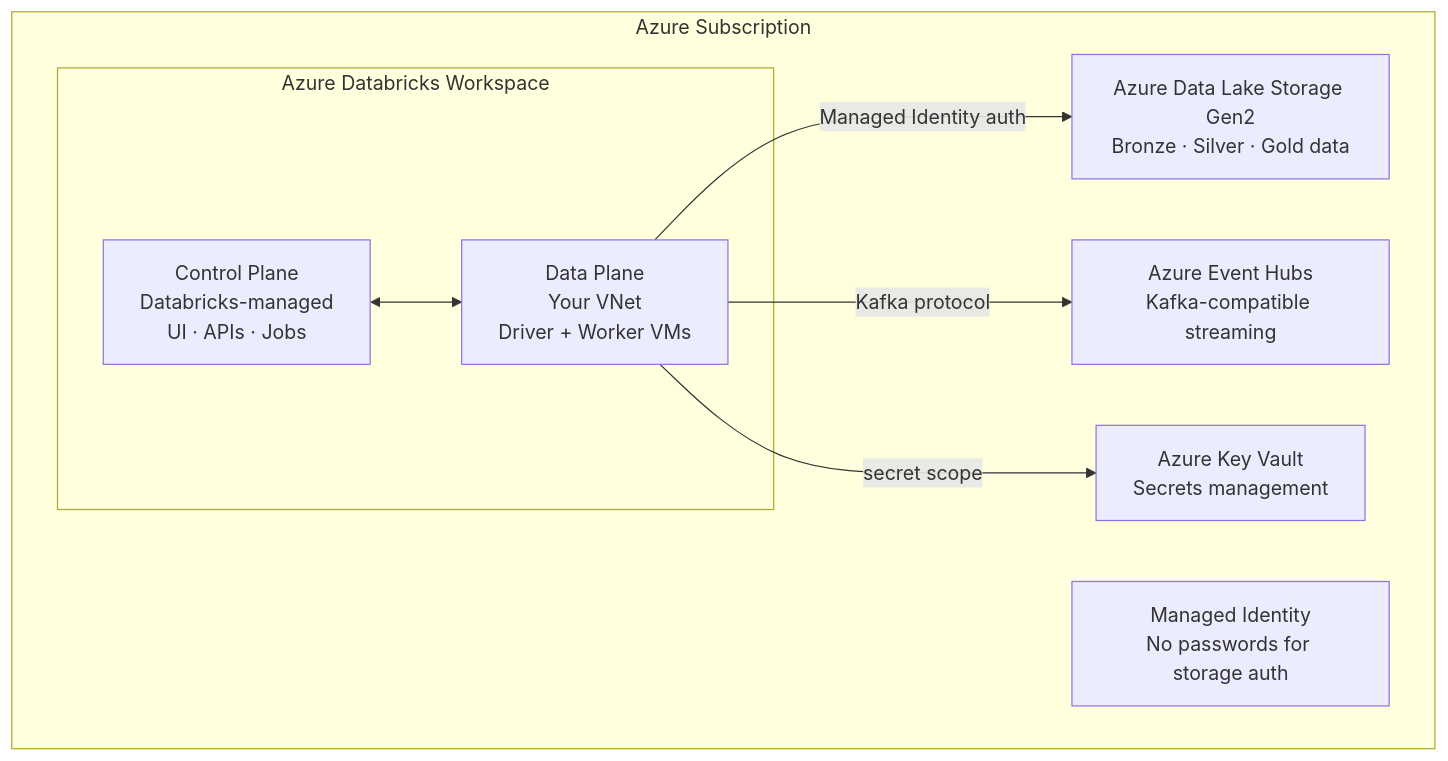
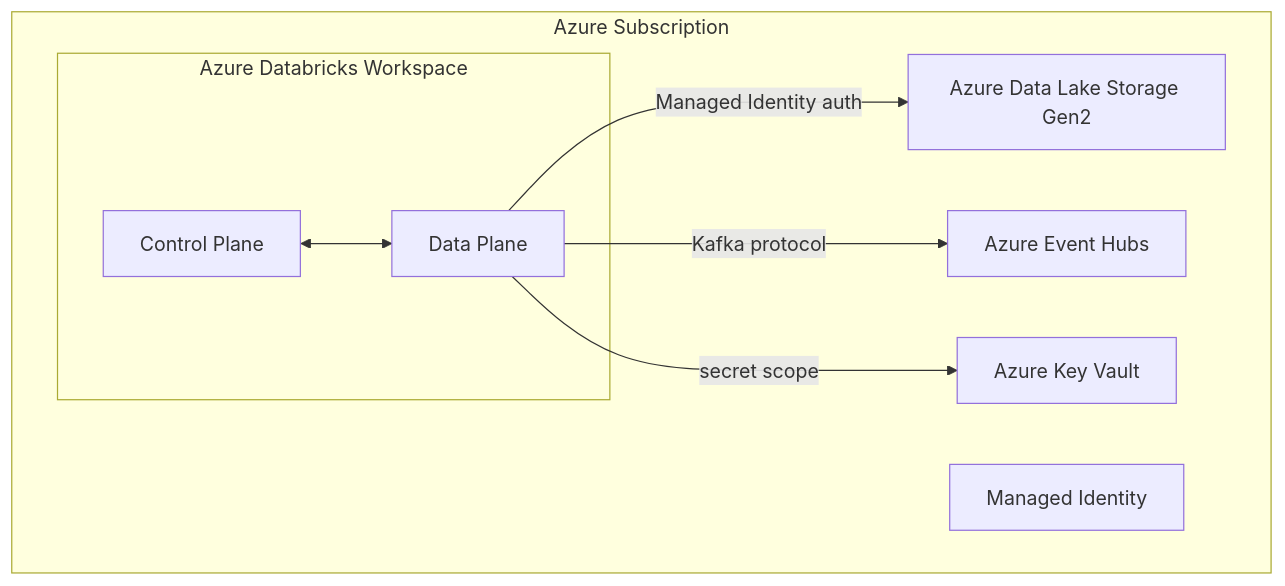
Before and after one commit to gcmishra7/data-engineering-helper: the diagram in 08-cloud-platforms/02-azure-databricks-setup.md, drawn with Mermaid. The commit also changed other lines of this file and 57 other files, not shown here.

First line of the commit message:
Shorten mermaid node labels to fix text truncation on GitHub

````diff
--- a/08-cloud-platforms/02-azure-databricks-setup.md
+++ b/08-cloud-platforms/02-azure-databricks-setup.md
@@ -5,18 +5,18 @@
 ```mermaid
 graph TD
     subgraph Azure Subscription
         subgraph ADB[Azure Databricks Workspace]
-            CP[Control Plane<br/>Databricks-managed<br/>UI · APIs · Jobs]
-            DP[Data Plane<br/>Your VNet<br/>Driver + Worker VMs]
+            CP[Control Plane]
+            DP[Data Plane]
         end
-        ADLS[Azure Data Lake Storage Gen2<br/>Bronze · Silver · Gold data]
-        EH[Azure Event Hubs<br/>Kafka-compatible streaming]
-        KV[Azure Key Vault<br/>Secrets management]
-        MI[Managed Identity<br/>No passwords for storage auth]
+        ADLS[Azure Data Lake Storage Gen2]
+        EH[Azure Event Hubs]
+        KV[Azure Key Vault]
+        MI[Managed Identity]
     end
 
     CP <--> DP
     DP -->|Managed Identity auth| ADLS
     DP -->|Kafka protocol| EH
     DP -->|secret scope| KV
 ```
````
